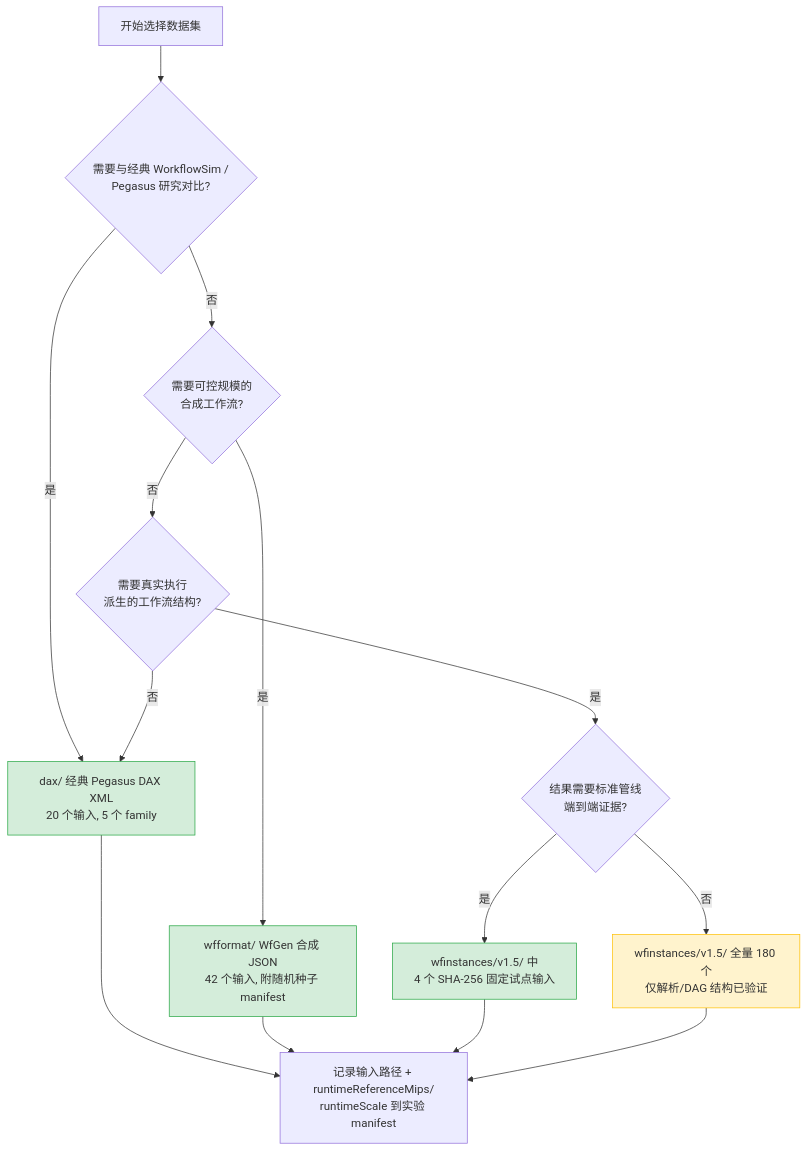
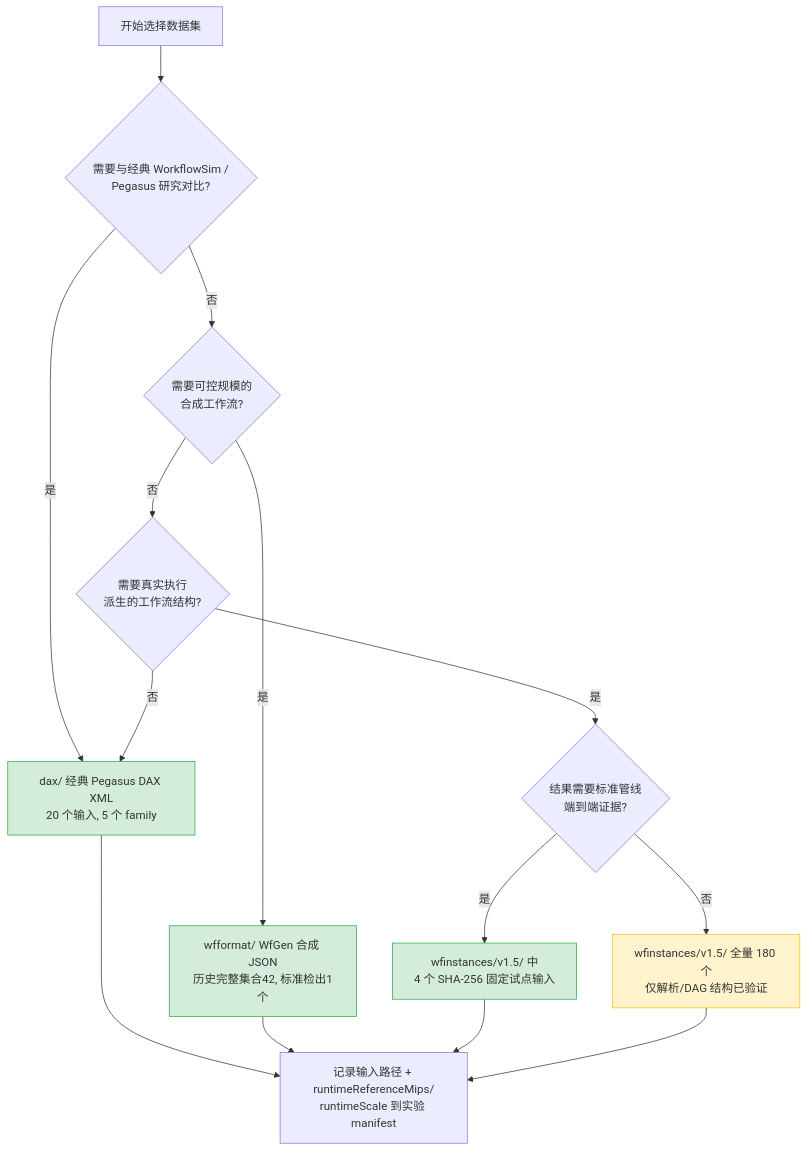
Before and after one commit to yixin0724/workflowsim-research: the diagram in docs/getting-started/DATASETS.md, drawn with Mermaid. The commit also changed other lines of this file and 14 other files, not shown here.

````diff
--- a/docs/getting-started/DATASETS.md
+++ b/docs/getting-started/DATASETS.md
@@ -10,22 +11,22 @@
 ```mermaid
 flowchart TD
     A[开始选择数据集] --> B{需要与经典 WorkflowSim /<br>Pegasus 研究对比?}
     B -- 是 --> C[dax/ 经典 Pegasus DAX XML<br>20 个输入, 5 个 family]
     B -- 否 --> D{需要可控规模的<br>合成工作流?}
-    D -- 是 --> E[wfformat/ WfGen 合成 JSON<br>42 个输入, 附随机种子 manifest]
+    D -- 是 --> E[wfformat/ WfGen 合成 JSON<br>历史完整集合42, 标准检出1个]
     D -- 否 --> F{需要真实执行<br>派生的工作流结构?}
     F -- 是 --> G{结果需要标准管线<br>端到端证据?}
     G -- 是 --> H[wfinstances/v1.5/ 中<br>4 个 SHA-256 固定试点输入]
     G -- 否 --> I[wfinstances/v1.5/ 全量 180 个<br>仅解析/DAG 结构已验证]
     F -- 否 --> C
 
     C --> Z[记录输入路径 + runtimeReferenceMips/<br>runtimeScale 到实验 manifest]
     E --> Z
     H --> Z
     I --> Z
 
     style C fill:#d4edda,stroke:#28a745
     style E fill:#d4edda,stroke:#28a745
     style H fill:#d4edda,stroke:#28a745
     style I fill:#fff3cd,stroke:#ffc107
 ```
````
